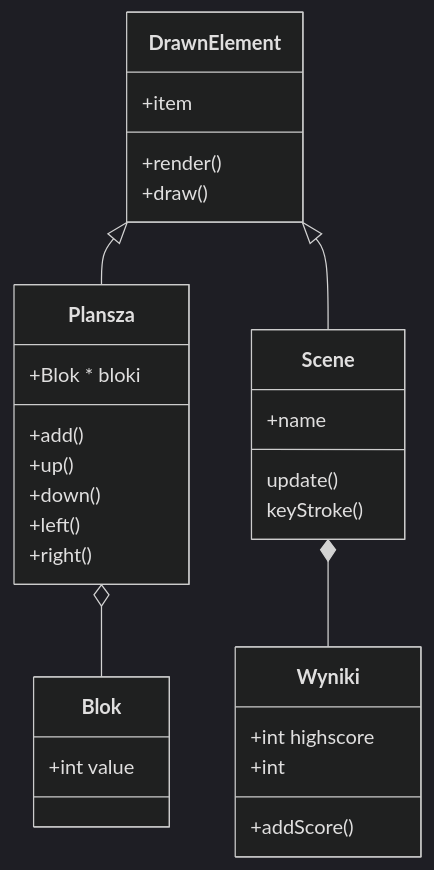
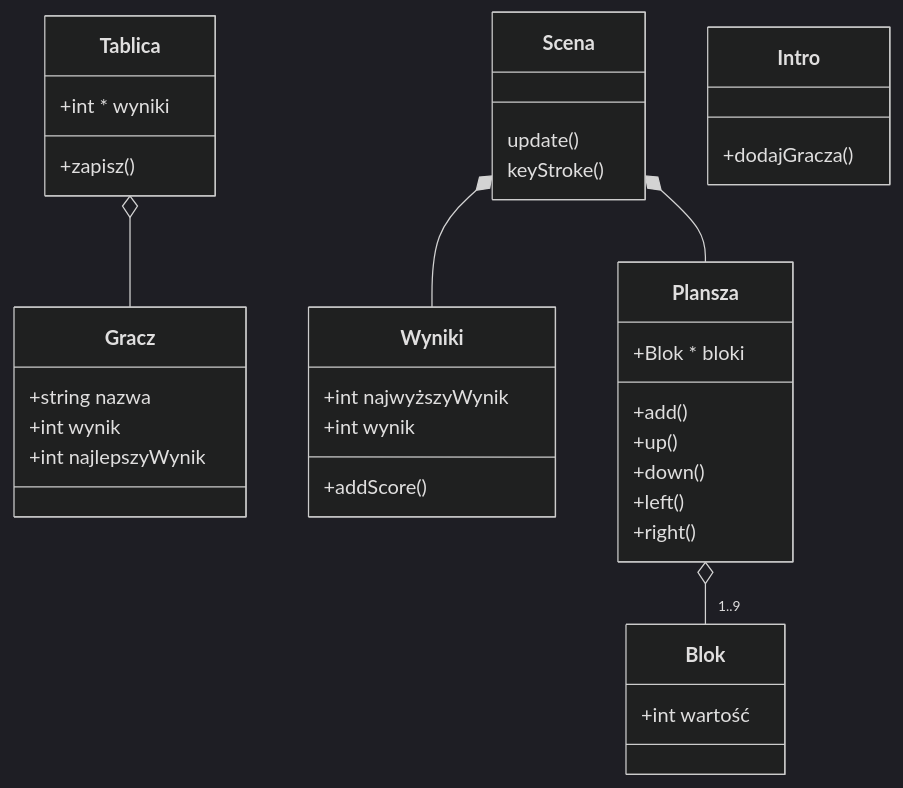
Before and after one commit to RafalLeja/UWr: the diagram in PO/projekt/uml.md, drawn with Mermaid (dark theme). The commit also changed 2 other files, not shown here.

Commit message:
opis uml projekt PO

````diff
--- a/PO/projekt/uml.md
+++ b/PO/projekt/uml.md
@@ -1,31 +1,39 @@
 ```mermaid
 classDiagram
-  DrawnElement <|-- Plansza
-  Plansza o-- Blok
-  Scene *-- Wyniki
-  DrawnElement <|-- Scene
-  DrawnElement: +item
-  DrawnElement: +render()
-  DrawnElement: +draw()
+  Plansza o-- "1..9" Blok
+  Tablica o-- Gracz
+  Scena *-- Wyniki
+  Scena *-- Plansza
+  class Intro{
+    +dodajGracza()
+  }
+  class Tablica{
+    +int * wyniki
+    +zapisz()
+  }
+  class Gracz{
+    +string nazwa
+    +int wynik
+    +int najlepszyWynik
+  }
   class Plansza{
     +Blok * bloki
     +add()
     +up()
     +down()
     +left()
     +right()
   }
   class Blok{
-    +int value
+    +int wartość
   }
   class Wyniki{
-    +int highscore
-    +int
+    +int najwyższyWynik
+    +int wynik
     +addScore()
   }
-  class Scene{
-    +name
+  class Scena{
     update()
     keyStroke()
   } 
 ```
````
